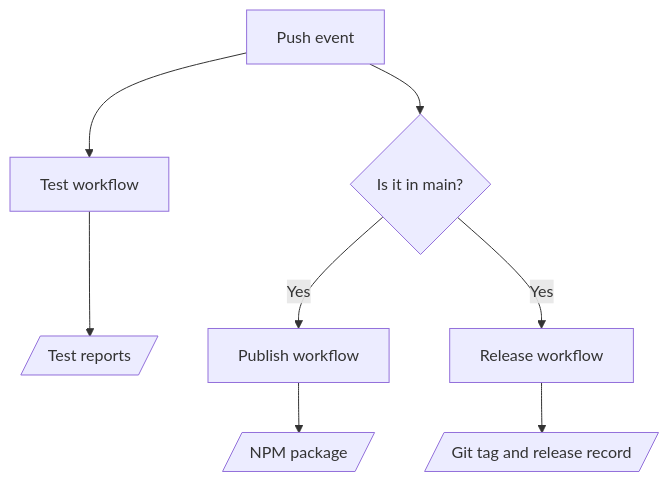
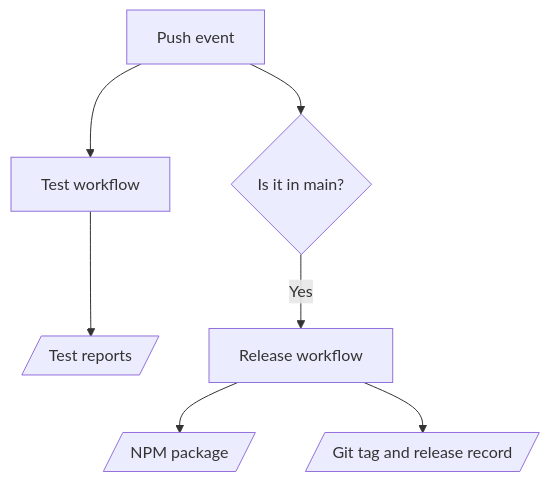
Before and after one commit to SiegeSailor/Cryptography: the second of 2 diagrams in CONTRIBUTING.md, drawn with Mermaid. The commit also changed other lines of this file and 5 other files, not shown here.

````diff
--- a/CONTRIBUTING.md
+++ b/CONTRIBUTING.md
@@ -90,10 +90,9 @@
 ```mermaid
 flowchart TB
   A[Push event] --> B[Test workflow]
   B --> D[/Test reports/]
   A --> E{Is it in main?}
-  E -->|Yes| F[Publish workflow]
+  E -->|Yes| F[Release workflow]
   F --> H[/NPM package/]
-  E -->|Yes| I[Release workflow]
-  I --> K[/Git tag and release record/]
+  F --> I[/Git tag and release record/]
 ```
````
